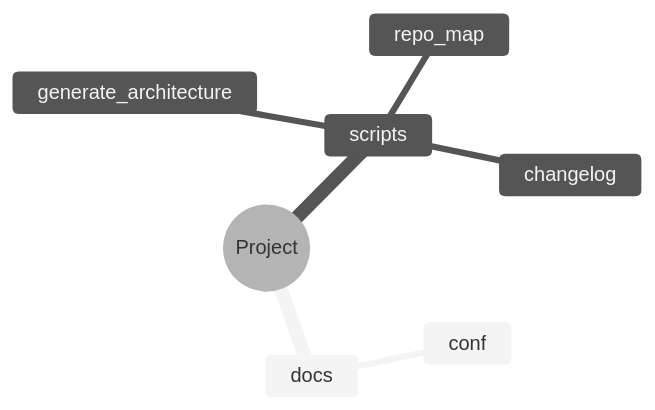
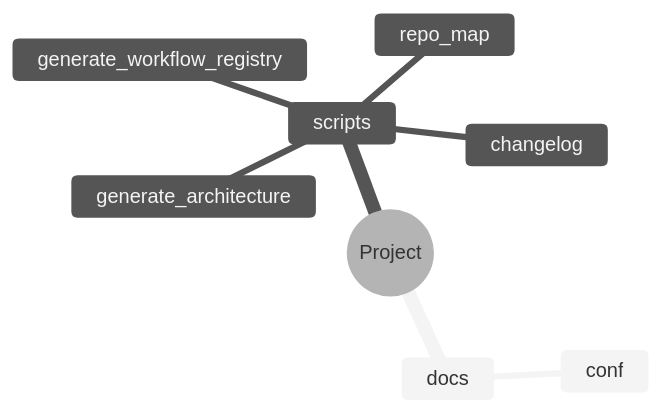
One commit to zepfu/repo-standards changed the fifth of 8 diagrams in docs/auto/ARCHITECTURE_AUTO.md. Above: the diagram before and after it, drawn with Mermaid (neutral theme). The commit also changed other lines of this file, not shown here.

Commit message:
docs: auto-update architecture documentation [skip ci]

````diff
--- a/docs/auto/ARCHITECTURE_AUTO.md
+++ b/docs/auto/ARCHITECTURE_AUTO.md
@@ -92,10 +108,11 @@
 ```mermaid
 mindmap
   root((Project))
     docs
       conf
     scripts
       changelog
       generate_architecture
+      generate_workflow_registry
       repo_map
 ```
````
